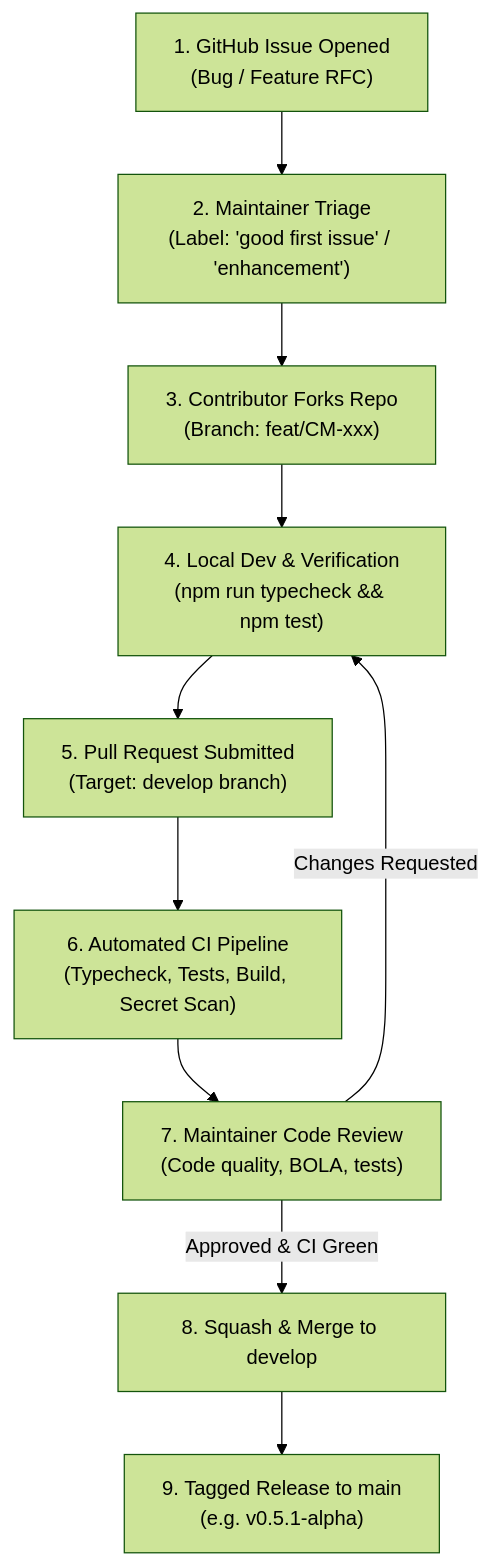
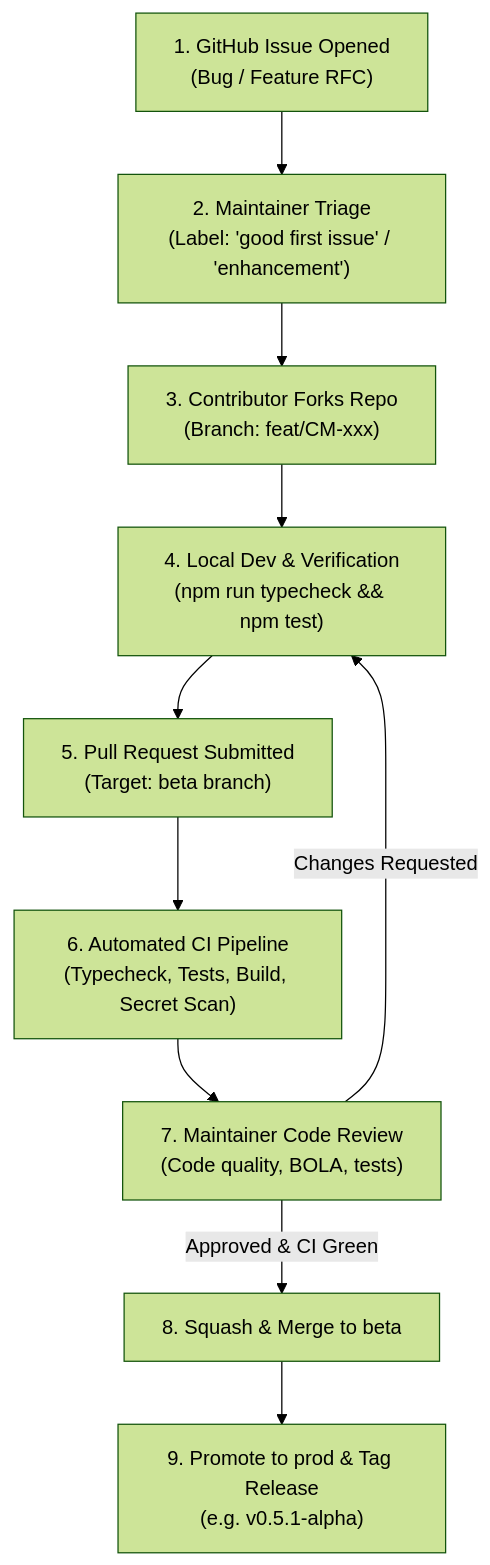
Before and after one commit to abhayksingh614/chargemesh-app: the diagram in docs/OPENAI_CODEX_OSS_READINESS/OPEN_SOURCE_GOVERNANCE.md, drawn with Mermaid (forest theme). The commit also changed other lines of this file and 19 other files, not shown here.

Commit message:
chore(git): establish prod and beta branching model and align CI/CD workflows

````diff
--- a/docs/OPENAI_CODEX_OSS_READINESS/OPEN_SOURCE_GOVERNANCE.md
+++ b/docs/OPENAI_CODEX_OSS_READINESS/OPEN_SOURCE_GOVERNANCE.md
@@ -39,12 +39,12 @@
 ```mermaid
 flowchart TD
     Issue["1. GitHub Issue Opened<br/>(Bug / Feature RFC)"] --> Triage["2. Maintainer Triage<br/>(Label: 'good first issue' / 'enhancement')"]
     Triage --> Fork["3. Contributor Forks Repo<br/>(Branch: feat/CM-xxx)"]
     Fork --> LocalDev["4. Local Dev & Verification<br/>(npm run typecheck && npm test)"]
-    LocalDev --> PR["5. Pull Request Submitted<br/>(Target: develop branch)"]
+    LocalDev --> PR["5. Pull Request Submitted<br/>(Target: beta branch)"]
     PR --> CI["6. Automated CI Pipeline<br/>(Typecheck, Tests, Build, Secret Scan)"]
     CI --> Review["7. Maintainer Code Review<br/>(Code quality, BOLA, tests)"]
     Review -->|Changes Requested| LocalDev
-    Review -->|Approved & CI Green| Merge["8. Squash & Merge to develop"]
-    Merge --> Release["9. Tagged Release to main<br/>(e.g. v0.5.1-alpha)"]
+    Review -->|Approved & CI Green| Merge["8. Squash & Merge to beta"]
+    Merge --> Release["9. Promote to prod & Tag Release<br/>(e.g. v0.5.1-alpha)"]
 ```
````
